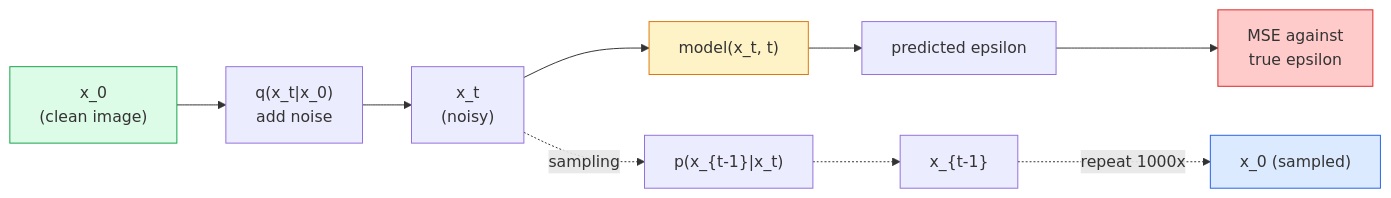
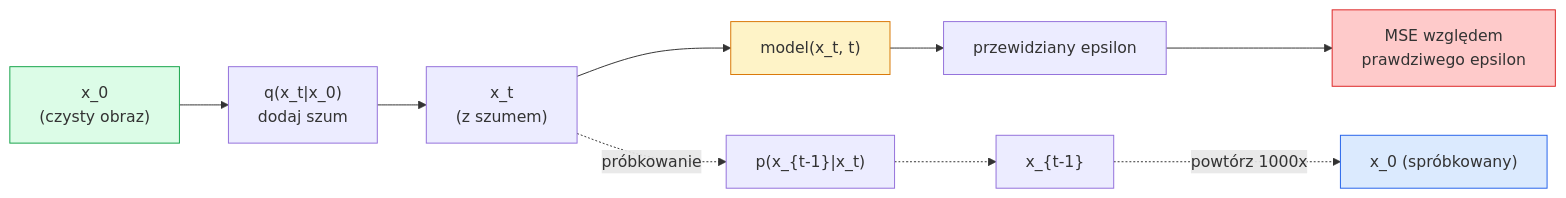
One commit to hublorx/ai-engineering-from-scratch changed the diagram in phases/04-computer-vision/10-image-generation-diffusion/docs/en.md. Above: the diagram before and after it, drawn with Mermaid. The commit also changed other lines of this file and 27 other files, not shown here.

````diff
--- a/phases/04-computer-vision/10-image-generation-diffusion/docs/en.md
+++ b/phases/04-computer-vision/10-image-generation-diffusion/docs/en.md
@@ -59,17 +59,17 @@
 ```mermaid
 flowchart LR
-    X0["x_0<br/>(clean image)"] --> Q1["q(x_t|x_0)<br/>add noise"]
-    Q1 --> XT["x_t<br/>(noisy)"]
+    X0["x_0<br/>(czysty obraz)"] --> Q1["q(x_t|x_0)<br/>dodaj szum"]
+    Q1 --> XT["x_t<br/>(z szumem)"]
     XT --> MODEL["model(x_t, t)"]
-    MODEL --> EPS["predicted epsilon"]
-    EPS --> LOSS["MSE against<br/>true epsilon"]
+    MODEL --> EPS["przewidziany epsilon"]
+    EPS --> LOSS["MSE względem<br/>prawdziwego epsilon"]
 
-    XT -.->|sampling| STEP["p(x_{t-1}|x_t)"]
+    XT -.->|próbkowanie| STEP["p(x_{t-1}|x_t)"]
     STEP -.-> XT1["x_{t-1}"]
-    XT1 -.->|repeat 1000x| X0S["x_0 (sampled)"]
+    XT1 -.->|powtórz 1000x| X0S["x_0 (spróbkowany)"]
 
     style X0 fill:#dcfce7,stroke:#16a34a
     style MODEL fill:#fef3c7,stroke:#d97706
     style LOSS fill:#fecaca,stroke:#dc2626
     style X0S fill:#dbeafe,stroke:#2563eb
 ```
````
